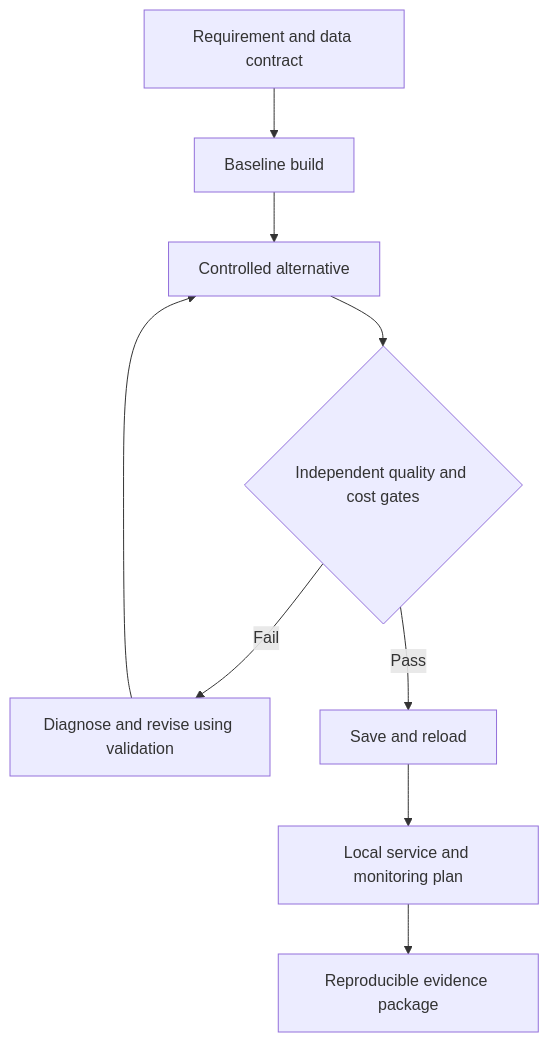
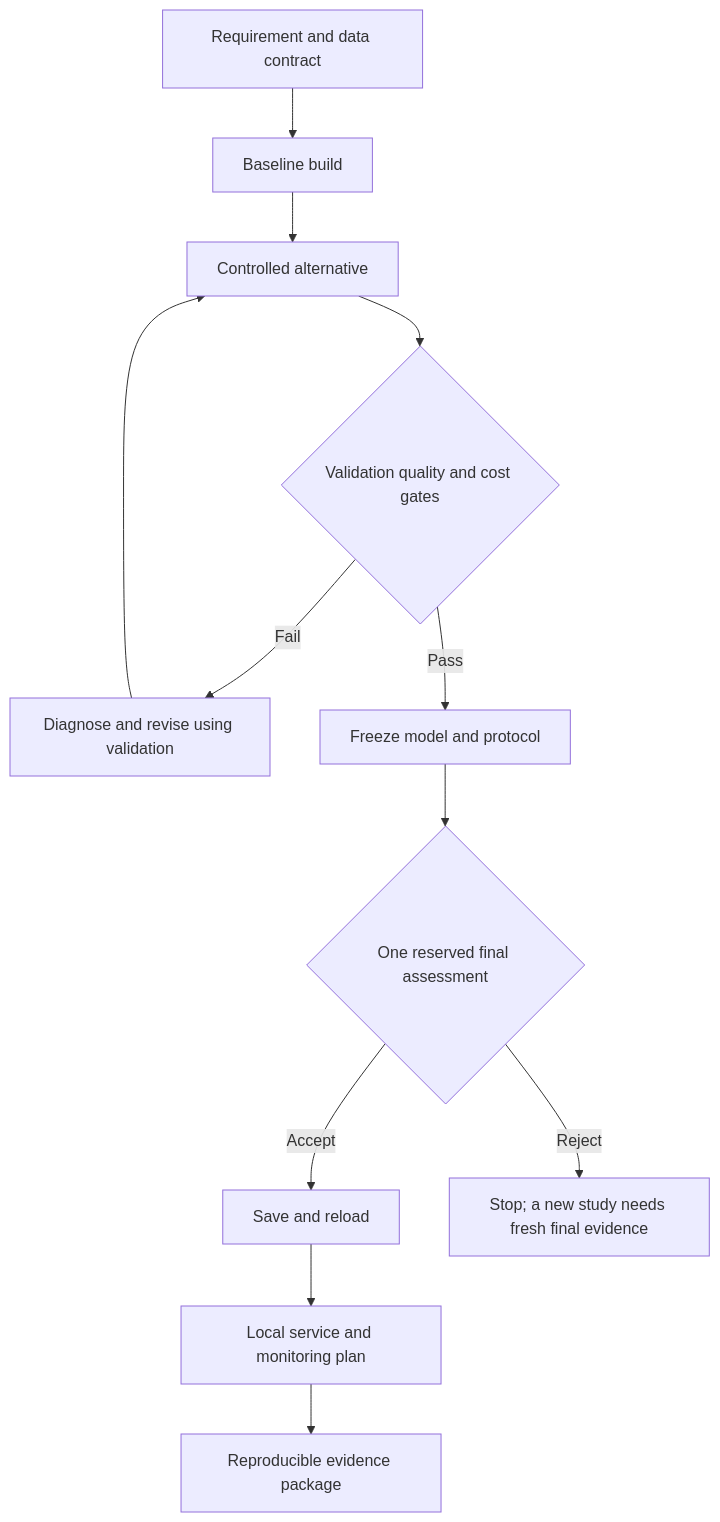
Diagram 14 of 14 in course/Modern-Language-Engineering.md (zelicerica/machine-learning-super-lab), drawn with Mermaid before and after one commit. The commit also changed other lines of this file and 124 other files, not shown here.

````diff
--- a/course/Modern-Language-Engineering.md
+++ b/course/Modern-Language-Engineering.md
@@ -465,11 +478,14 @@
 ```mermaid
 flowchart TD
     R["Requirement and data contract"] --> B["Baseline build"]
     B --> A["Controlled alternative"]
-    A --> E{"Independent quality and cost gates"}
+    A --> E{"Validation quality and cost gates"}
     E -->|"Fail"| F["Diagnose and revise using validation"]
     F --> A
-    E -->|"Pass"| S["Save and reload"]
+    E -->|"Pass"| FZ["Freeze model and protocol"]
+    FZ --> T{"One reserved final assessment"}
+    T -->|"Accept"| S["Save and reload"]
+    T -->|"Reject"| Z["Stop; a new study needs fresh final evidence"]
     S --> D["Local service and monitoring plan"]
     D --> X["Reproducible evidence package"]
 ```
````
